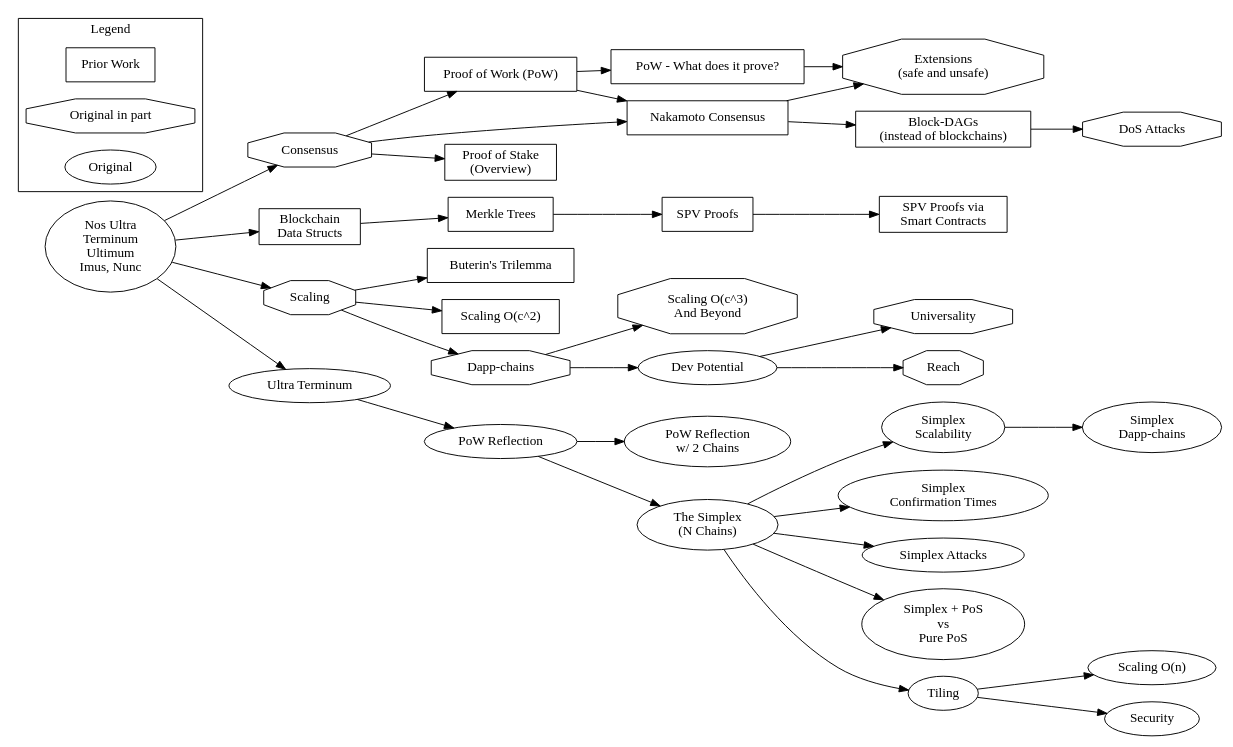
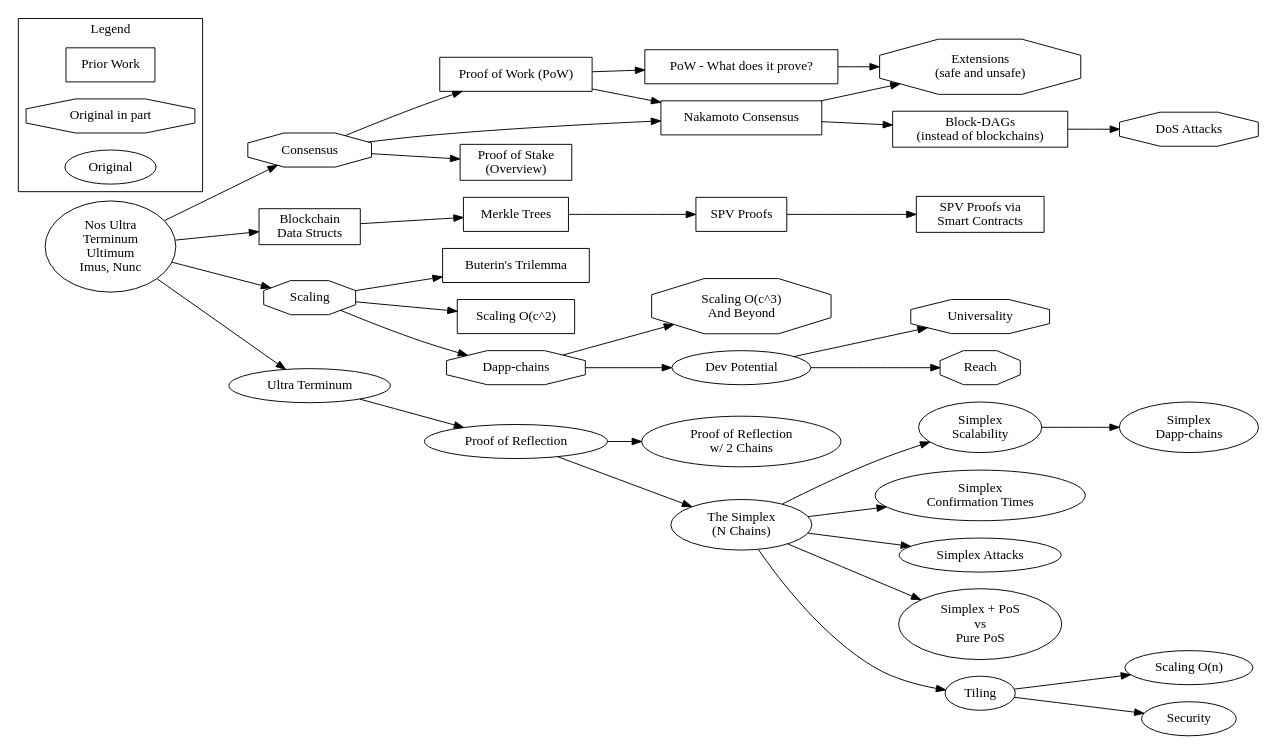
One commit to AmarooHQ/whitepaper changed the diagram in includes/handout/topic-tree.gv. Above: the diagram before and after it, drawn with Graphviz. The commit also changed 12 other files, not shown here.

Commit message:
update PoW reflection to Proof of Reflection

```diff
--- a/includes/handout/topic-tree.gv
+++ b/includes/handout/topic-tree.gv
@@ -1,94 +1,94 @@
 digraph TopicTree {
     compound=true;
     rankdir="LR";
 
     /* subgraph cluster_proofEngines {
         label = "Proof Engines";
         posEngine -> powEngine;
     } */
 
     /* subgraph cluster_whitePaper {
         // style=filled;
         // color=lightgrey;
         // node [style=filled];
         label = "White Paper";
         networkTopol -> utSpec;
         tokenomics;
         amarooVision;
         validation -> utSpec;
         dagDetails -> utSpec;
         wpDraft1 -> dagDetails,amarooVision,validation,networkTopol,tokenomics;
     } */
 
     nosimus [label = "Nos Ultra\nTerminum\nUltimum\nImus, Nunc", ordering=out];
 
     subgraph cluster_Legend {
         label = "Legend";
         prior [label = "Prior Work", shape=rectangle];
         partOriginal [label = "Original in part", shape=octagon];
         original [label = "Original"];
     }
 
     consensus [label = "Consensus", ordering=out, shape=octagon];
     pow [label = "Proof of Work (PoW)", shape=rectangle];
     essenceOfPoWDataInclusion [label = "PoW - What does it prove?", shape=rectangle];
     nakamotoConsensus [label = "Nakamoto Consensus", shape=rectangle];
     nakConsensusSafeUnsafe [label = "Extensions\n(safe and unsafe)", shape=octagon];
     PoSConsensusGeneral [label = "Proof of Stake\n(Overview)", shape=rectangle];
     blockDag [label = "Block-DAGs\n(instead of blockchains)", shape=rectangle];
     dosAttacks [label = "DoS Attacks", shape=octagon];
     dataStructsGeneral [label = "Blockchain\nData Structs", shape=rectangle];
     merkleTrees [label = "Merkle Trees", shape=rectangle];
     spvProofs [label = "SPV Proofs", shape=rectangle];
     spvProofsViaSC [label = "SPV Proofs via\nSmart Contracts", shape=rectangle];
     scaling [label = "Scaling", shape=octagon];
     scalingTrilemma [label = "Buterin's Trilemma", shape=rectangle];
     scalingOCSquared [label = "Scaling O(c^2)", shape=rectangle];
     scalingOCCubed [label = "Scaling O(c^3)\nAnd Beyond", shape=octagon];
     scalingON [label = "Scaling O(n)"];
     UT [label = "Ultra Terminum"];
-    powReflection [label = "PoW Reflection"];
-    powRefTwoChains [label = "PoW Reflection\nw/ 2 Chains"];
+    powReflection [label = "Proof of Reflection"];
+    powRefTwoChains [label = "Proof of Reflection\nw/ 2 Chains"];
     //UTCore [label = "Core of Ultra Terminum"];
     powRefSimplex [label = "The Simplex\n(N Chains)"];
     simplexScale [label = "Simplex\nScalability"];
     simplexDappChains [label = "Simplex\nDapp-chains"];
     powRefConfirmationTimes [label = "Simplex\nConfirmation Times"];
     powRefAttacks [label = "Simplex Attacks"];
     simplexPoSVsPurePoS [label = "Simplex + PoS\nvs\nPure PoS"];
     dappChains [label = "Dapp-chains", shape=octagon];
     devPotential [label = "Dev Potential"];
     devPotentialUniversality [label = "Universality", shape=octagon];
     devPotentialReach [label = "Reach", shape=octagon];
     tiling [label = "Tiling"];
     tilingSec [label = "Security"];
 
     nosimus -> consensus;
     consensus -> pow;
     consensus -> nakamotoConsensus -> nakConsensusSafeUnsafe;
     pow -> nakamotoConsensus;
     essenceOfPoWDataInclusion -> nakConsensusSafeUnsafe;
     consensus -> PoSConsensusGeneral;
     nakamotoConsensus -> blockDag;
     blockDag -> dosAttacks;
     //nakamotoConsensus -> essenceOfPoWDataInclusion;
     pow -> essenceOfPoWDataInclusion;
     nosimus -> dataStructsGeneral -> merkleTrees -> spvProofs -> spvProofsViaSC;
     nosimus -> scaling -> scalingTrilemma;
     scaling -> scalingOCSquared;
     scaling -> dappChains -> scalingOCCubed;
     //scaling -> scalingON;
     nosimus -> UT -> powReflection -> powRefTwoChains;
     powReflection -> powRefSimplex -> simplexScale -> simplexDappChains;
     powRefSimplex -> powRefConfirmationTimes;
     powRefSimplex -> powRefAttacks;
     powRefSimplex -> simplexPoSVsPurePoS;
 
     dappChains -> devPotential -> devPotentialReach;
     devPotential -> devPotentialUniversality;
 
     powRefSimplex -> tiling;
 
     tiling -> scalingON;
     tiling -> tilingSec;
 }
```
